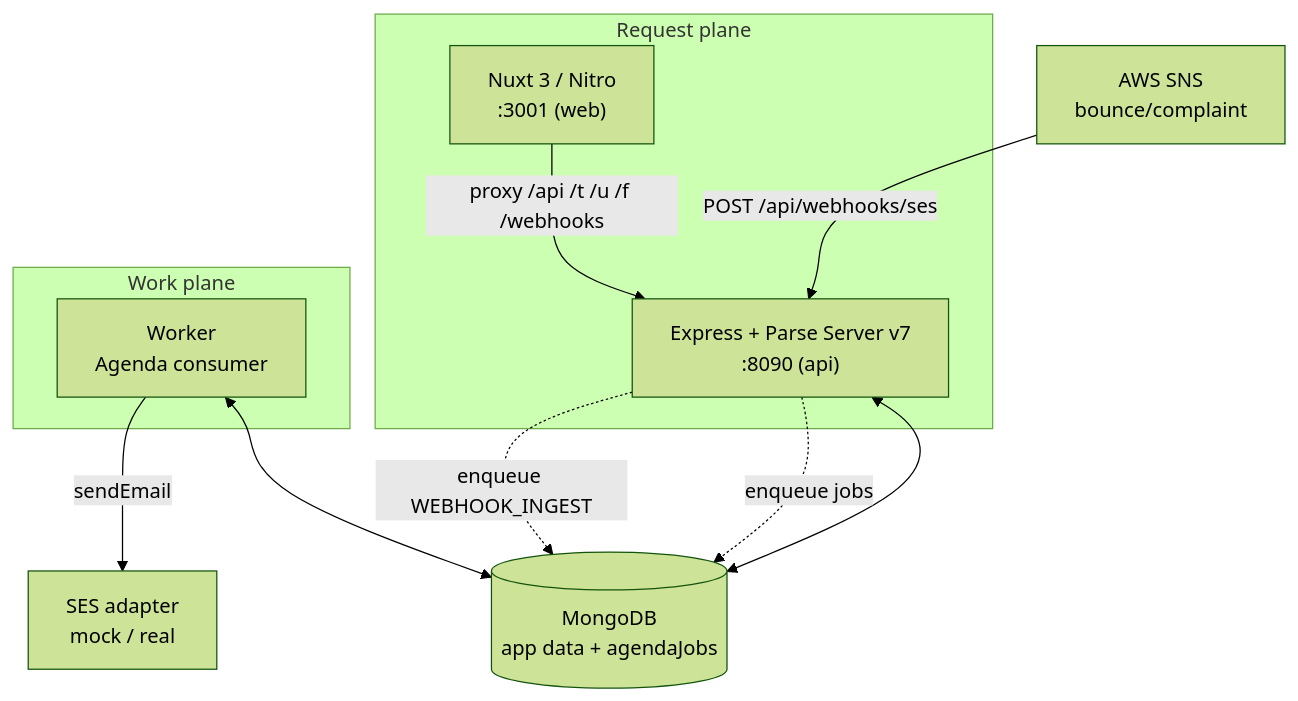
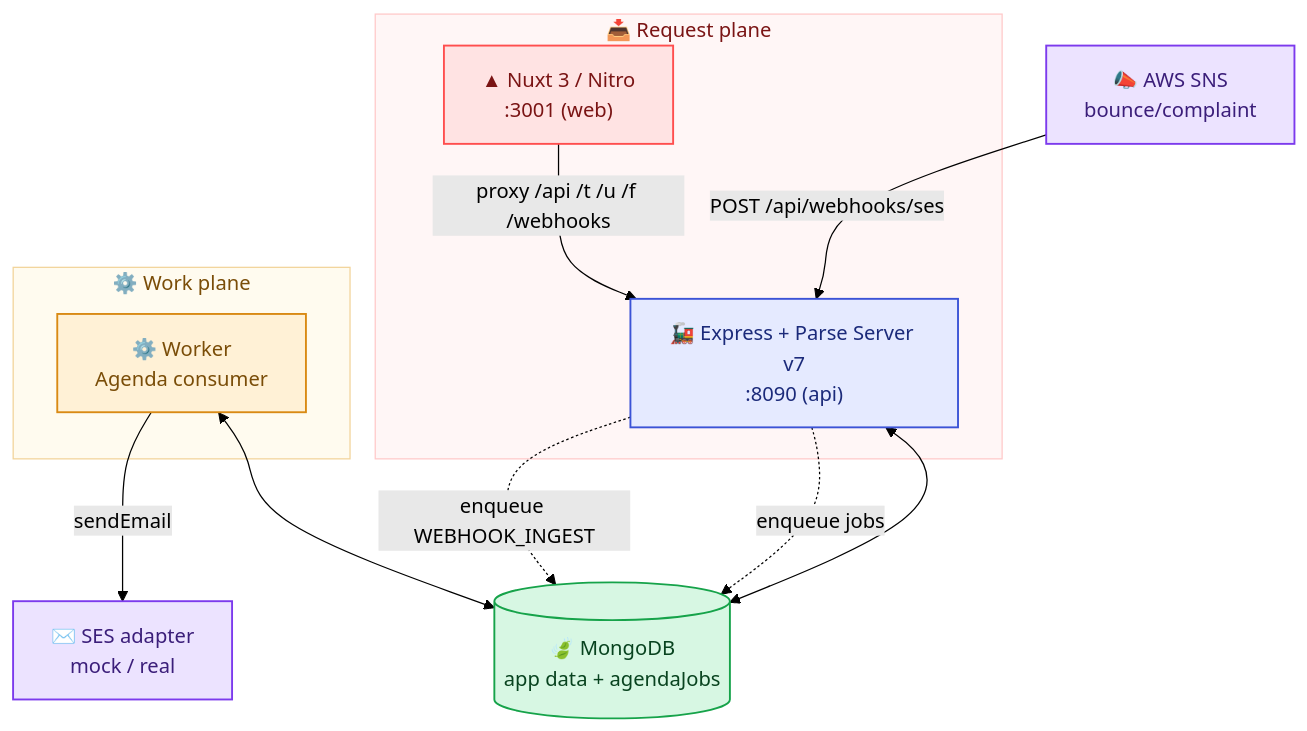
The first of 7 diagrams in documentation/architecture.md (sidkr/fe-gorilla), drawn with Mermaid (forest theme) before and after one commit. The commit also changed other lines of this file and 2 other files, not shown here.

First line of the commit message:
docs: color-code + add iconography to architecture diagrams

````diff
--- a/documentation/architecture.md
+++ b/documentation/architecture.md
@@ -25,21 +25,34 @@
 ```mermaid
 flowchart TB
-  subgraph rp["Request plane"]
-    NX["Nuxt 3 / Nitro<br/>:3001 (web)"]
-    EX["Express + Parse Server v7<br/>:8090 (api)"]
+  subgraph rp["📥 Request plane"]
+    NX["▲ Nuxt 3 / Nitro<br/>:3001 (web)"]
+    EX["🚂 Express + Parse Server v7<br/>:8090 (api)"]
   end
-  subgraph wp["Work plane"]
-    WK["Worker<br/>Agenda consumer"]
+  subgraph wp["⚙️ Work plane"]
+    WK["⚙️ Worker<br/>Agenda consumer"]
   end
-  M[("MongoDB<br/>app data + agendaJobs")]
-  SES["SES adapter<br/>mock / real"]
-  SNS["AWS SNS<br/>bounce/complaint"]
+  M[("🍃 MongoDB<br/>app data + agendaJobs")]
+  SES["✉️ SES adapter<br/>mock / real"]
+  SNS["📣 AWS SNS<br/>bounce/complaint"]
 
   NX -->|"proxy /api /t /u /f /webhooks"| EX
   EX <--> M
   WK <--> M
   EX -.->|"enqueue jobs"| M
   WK -->|"sendEmail"| SES
   SNS -->|"POST /api/webhooks/ses"| EX
   EX -.->|"enqueue WEBHOOK_INGEST"| M
+
+  classDef fe fill:#FFE3E3,stroke:#FF4E4E,stroke-width:1.5px,color:#7A1414;
+  classDef api fill:#E5EAFF,stroke:#3B53D6,stroke-width:1.5px,color:#1B2A7A;
+  classDef worker fill:#FFF1D6,stroke:#D98A14,stroke-width:1.5px,color:#7A4D08;
+  classDef data fill:#D7F7E3,stroke:#16A34A,stroke-width:1.5px,color:#08431F;
+  classDef ext fill:#ECE3FF,stroke:#7C3AED,stroke-width:1.5px,color:#3B1E7A;
+  class NX fe
+  class EX api
+  class WK worker
+  class M data
+  class SES,SNS ext
+  style rp fill:#FFF6F6,stroke:#FFC9C9,color:#7A1414
+  style wp fill:#FFFBEF,stroke:#F2D49A,color:#7A4D08
 ```
````
